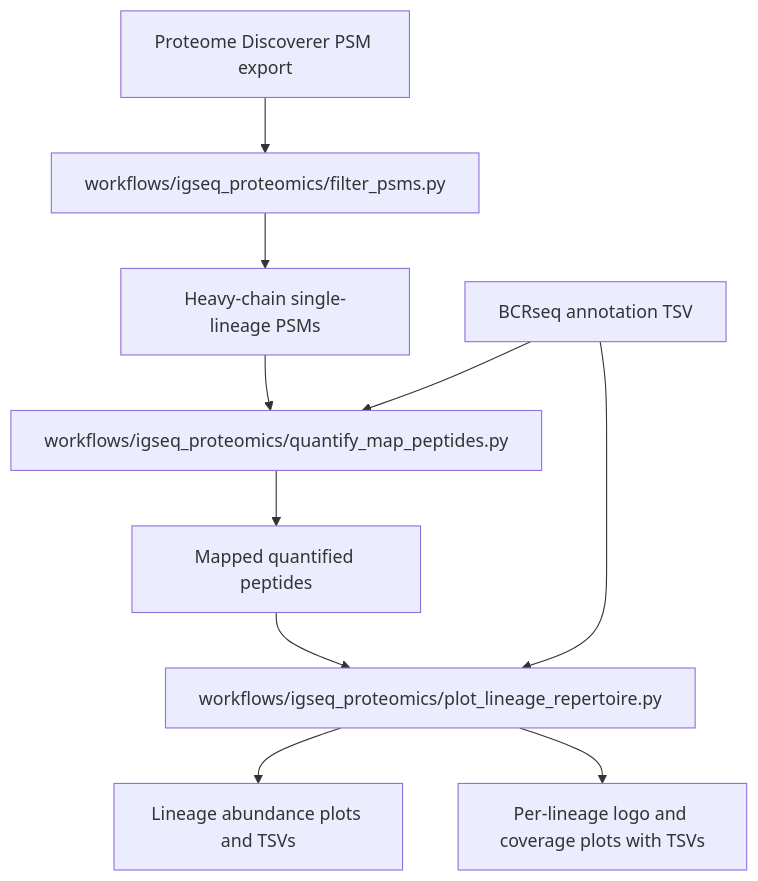
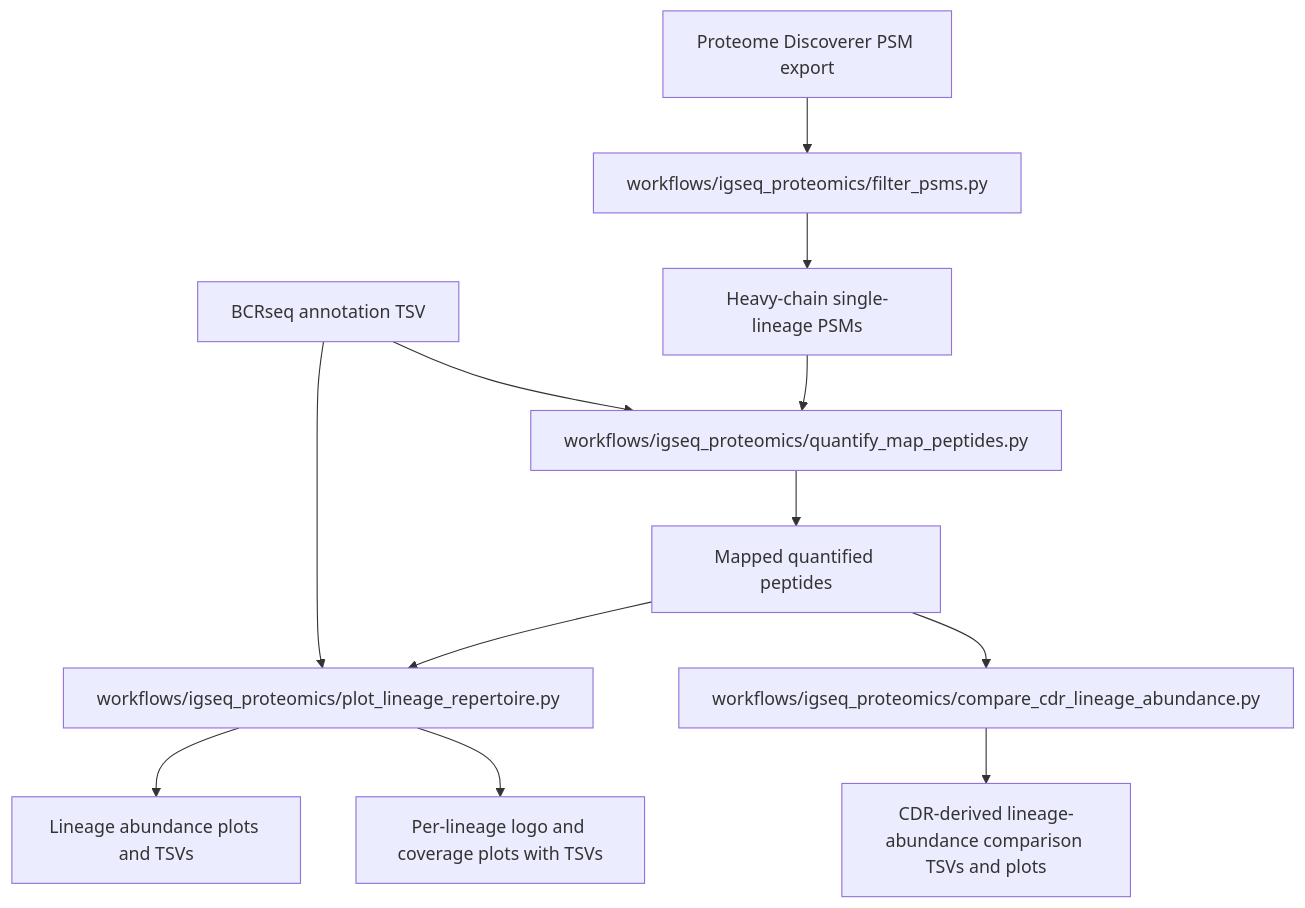
Before and after one commit to LukeHebert/bcrseq_igseq: the second of 2 diagrams in README.md, drawn with Mermaid. The commit also changed other lines of this file and 4 other files, not shown here.

Commit message:
Add CDR-derived lineage abundance comparison

````diff
--- a/README.md
+++ b/README.md
@@ -69,12 +69,14 @@
 ```mermaid
 flowchart TD
     A[Proteome Discoverer PSM export] --> B[workflows/igseq_proteomics/filter_psms.py]
     B --> C[Heavy-chain single-lineage PSMs]
     C --> D[workflows/igseq_proteomics/quantify_map_peptides.py]
     E[BCRseq annotation TSV] --> D
     D --> F[Mapped quantified peptides]
     F --> G[workflows/igseq_proteomics/plot_lineage_repertoire.py]
+    F --> J[workflows/igseq_proteomics/compare_cdr_lineage_abundance.py]
     E --> G
     G --> H[Lineage abundance plots and TSVs]
     G --> I[Per-lineage logo and coverage plots with TSVs]
+    J --> K[CDR-derived lineage-abundance comparison TSVs and plots]
 ```
````
